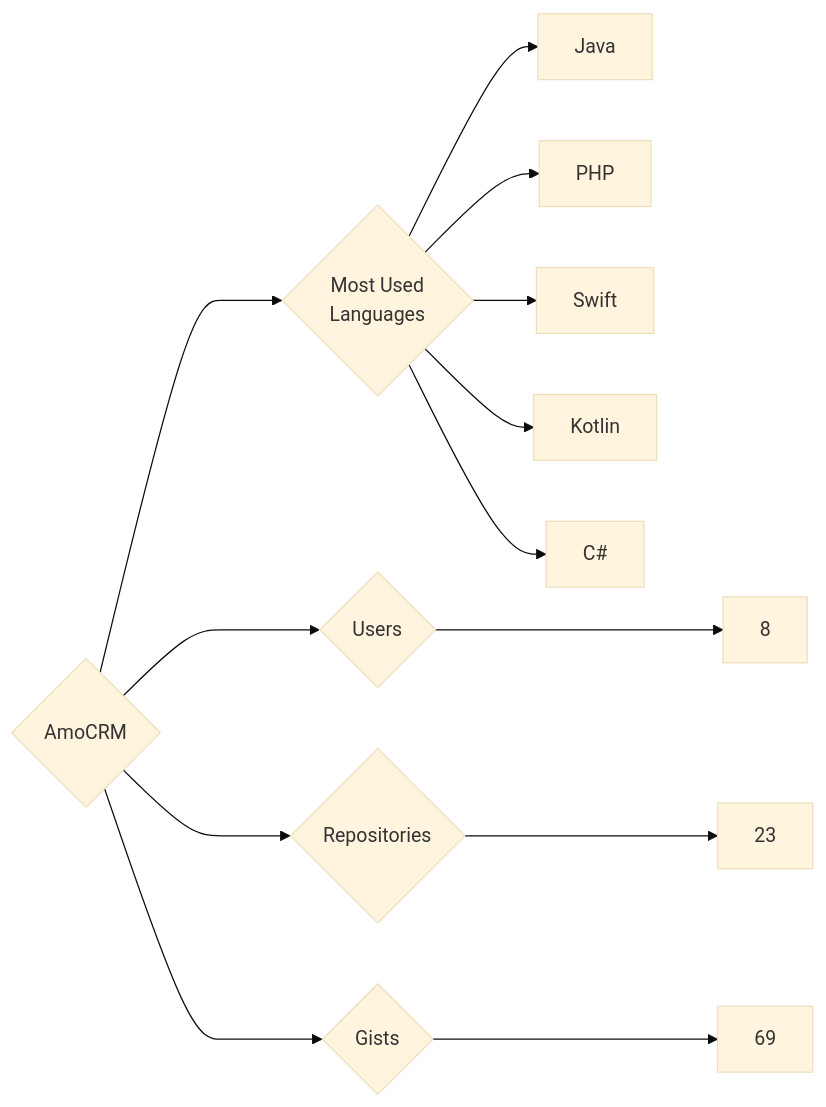
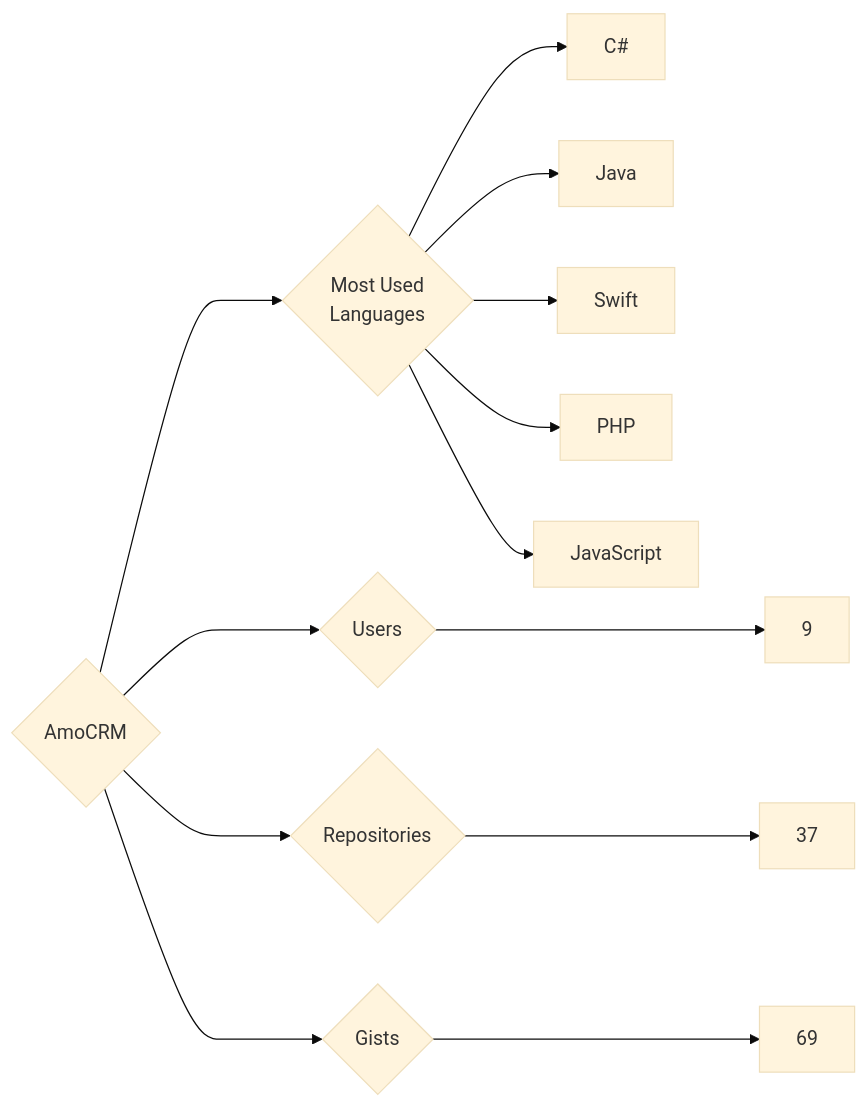
Before and after one commit to trickest/insiders: the diagram in targets/AmoCRM/README.md, drawn with Mermaid (base theme). The commit also changed 912 other files, not shown here.

````diff
--- a/targets/AmoCRM/README.md
+++ b/targets/AmoCRM/README.md
@@ -3,13 +3,13 @@
 ```mermaid
 graph LR
 COMPANY_NAME{AmoCRM}
-COMPANY_NAME ---> U{Users} ---> UN[8]
-COMPANY_NAME ---> R{Repositories} ---> RN[23]
+COMPANY_NAME ---> U{Users} ---> UN[9]
+COMPANY_NAME ---> R{Repositories} ---> RN[37]
 COMPANY_NAME ---> G{Gists} ---> GN[69]
 COMPANY_NAME ---> ML{Most Used<br>Languages}
+ML --> C#[C#]
 ML --> Java[Java]
+ML --> Swift[Swift]
 ML --> PHP[PHP]
-ML --> Swift[Swift]
-ML --> Kotlin[Kotlin]
-ML --> C#[C#]
+ML --> JavaScript[JavaScript]
 ```
````
